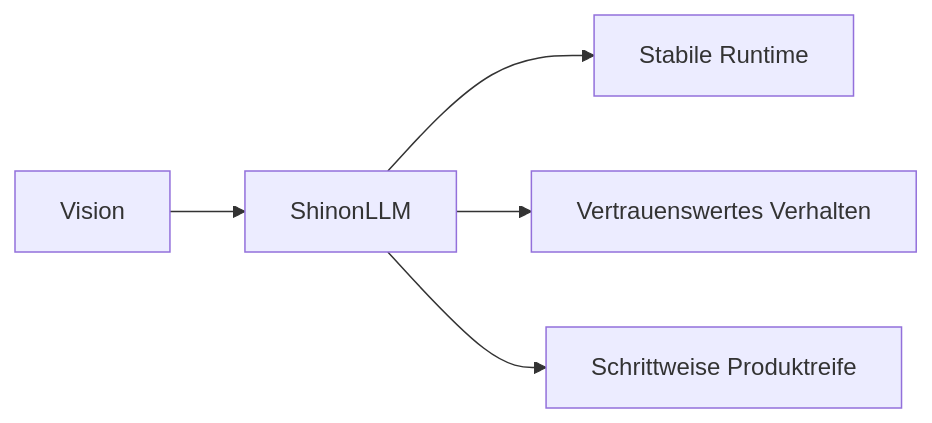
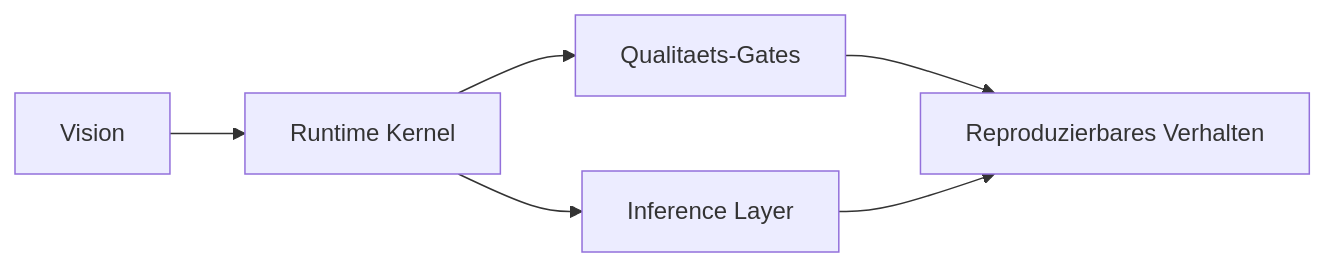
One commit to Vannon0911/ShinonLLM changed the diagram in README.md. Above: the diagram before and after it, drawn with Mermaid. The commit also changed other lines of this file, not shown here.

Commit message:
docs: rebalance README to vision-vs-state repository presentation

````diff
--- a/README.md
+++ b/README.md
@@ -29,7 +51,8 @@
 ```mermaid
 flowchart LR
-  A["Vision"] --> B["ShinonLLM"]
-  B --> C["Stabile Runtime"]
-  B --> D["Vertrauenswertes Verhalten"]
-  B --> E["Schrittweise Produktreife"]
+  V["Vision"] --> K["Runtime Kernel"]
+  K --> Q["Qualitaets-Gates"]
+  K --> I["Inference Layer"]
+  Q --> R["Reproduzierbares Verhalten"]
+  I --> R
 ```
````
